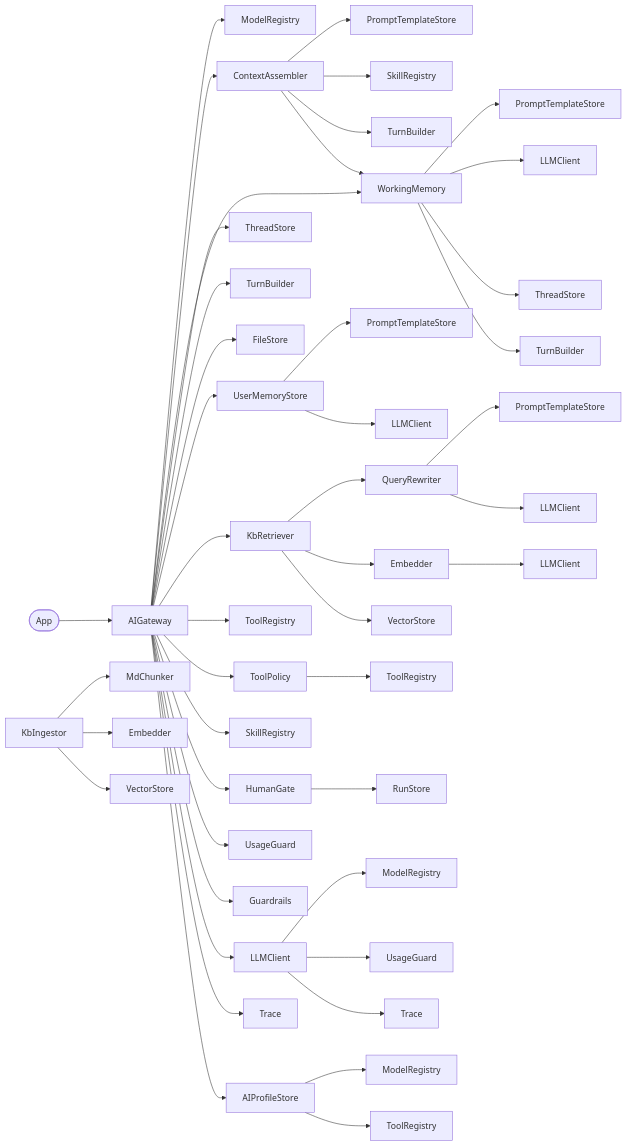
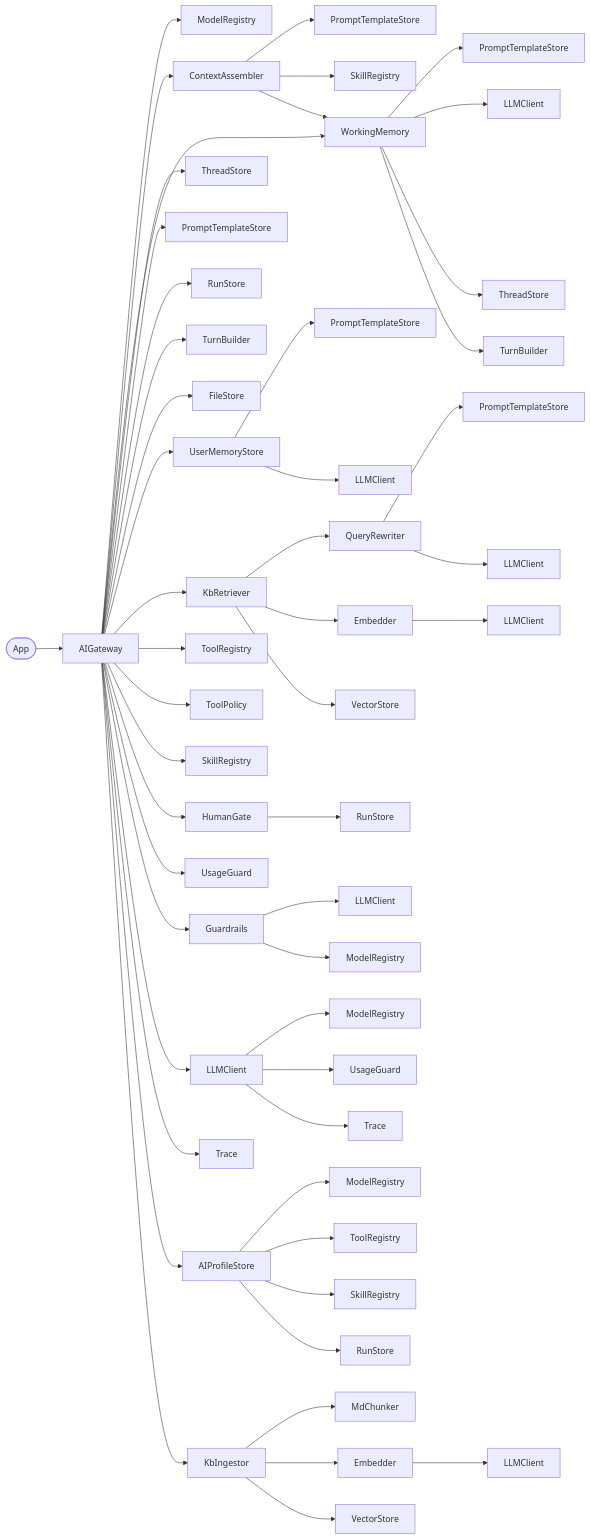
One commit to aneldev/dyna-ai-gateway changed the seventh of 9 diagrams in docs/60-architecture/00-blueprint-classes-and-connections.md. Above: the diagram before and after it, drawn with Mermaid. The commit also changed other lines of this file and 82 other files, not shown here.

````diff
--- a/docs/60-architecture/00-blueprint-classes-and-connections.md
+++ b/docs/60-architecture/00-blueprint-classes-and-connections.md
@@ -143,49 +145,55 @@
 ```mermaid
 flowchart LR
   App([App]) --> GW[AIGateway]
 
   GW --> MR[ModelRegistry]
   GW --> PS[AIProfileStore]
   GW --> CA[ContextAssembler]
   CA --> PT1[PromptTemplateStore]
   CA --> SR1[SkillRegistry]
-  CA --> TB2[TurnBuilder]
   CA --> WM[WorkingMemory]
   GW --> TS[ThreadStore]
+  GW --> PT0[PromptTemplateStore]
+  GW --> RS0[RunStore]
   GW --> TB[TurnBuilder]
   GW --> FS[FileStore]
   GW --> WM
   WM --> PT2[PromptTemplateStore]
   WM --> DR2[LLMClient]
   WM --> TS2[ThreadStore]
   WM --> TB3[TurnBuilder]
   GW --> UM[UserMemoryStore]
   UM --> PT3[PromptTemplateStore]
   UM --> DR3[LLMClient]
   GW --> KR[KbRetriever]
   KR --> QR[QueryRewriter]
   QR --> PT4[PromptTemplateStore]
   QR --> DR4[LLMClient]
   KR --> EM[Embedder]
   EM --> DR5[LLMClient]
   KR --> VS[VectorStore]
   GW --> TR[ToolRegistry]
   GW --> TP[ToolPolicy]
   GW --> SR[SkillRegistry]
-  TP --> TR2[ToolRegistry]
   GW --> HG[HumanGate]
   HG --> RS[RunStore]
   GW --> UG[UsageGuard]
   GW --> GR[Guardrails]
+  GR --> DR6[LLMClient]
+  GR --> MR4[ModelRegistry]
   GW --> DR[LLMClient]
   DR --> MR2[ModelRegistry]
   DR --> UG2[UsageGuard]
   DR --> TRC2[Trace]
   GW --> TRC[Trace]
   PS --> MR3[ModelRegistry]
   PS --> TR3[ToolRegistry]
+  PS --> SR2[SkillRegistry]
+  PS --> RS3[RunStore]
+  GW --> KI
 
   KI[KbIngestor] --> MC[MdChunker]
   KI --> EM2[Embedder]
+  EM2 --> DR7[LLMClient]
   KI --> VS2[VectorStore]
 ```
````
